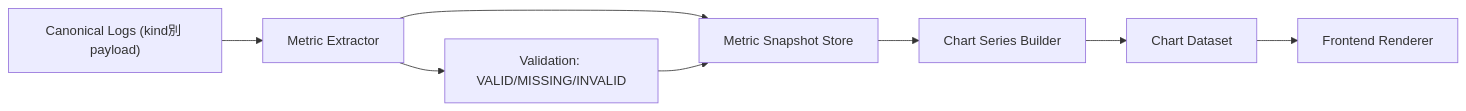
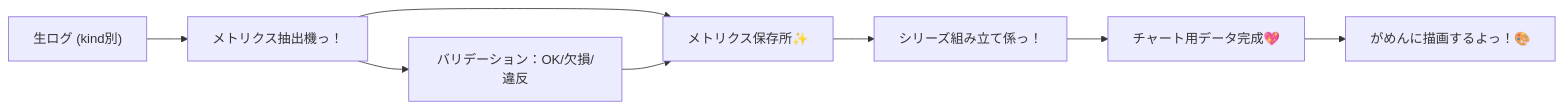
One commit to KAFKA2306/investor changed the sixth of 8 diagrams in docs/specs/frontend.md. Above: the diagram before and after it, drawn with Mermaid. The commit also changed other lines of this file and 52 other files, not shown here.

````diff
--- a/docs/specs/frontend.md
+++ b/docs/specs/frontend.md
@@ -308,11 +308,11 @@
 ```mermaid
 flowchart LR
-    A["Canonical Logs (kind別 payload)"] --> B["Metric Extractor"]
-    B --> C["Metric Snapshot Store"]
-    C --> D["Chart Series Builder"]
-    D --> E["Chart Dataset"]
-    E --> F["Frontend Renderer"]
+    A["生ログ (kind別)"] --> B["メトリクス抽出機っ！"]
+    B --> C["メトリクス保存所✨"]
+    C --> D["シリーズ組み立て係っ！"]
+    D --> E["チャート用データ完成💖"]
+    E --> F["がめんに描画するよっ！🎨"]
 
-    B --> G["Validation: VALID/MISSING/INVALID"]
+    B --> G["バリデーション：OK/欠損/違反"]
     G --> C
 ```
````
